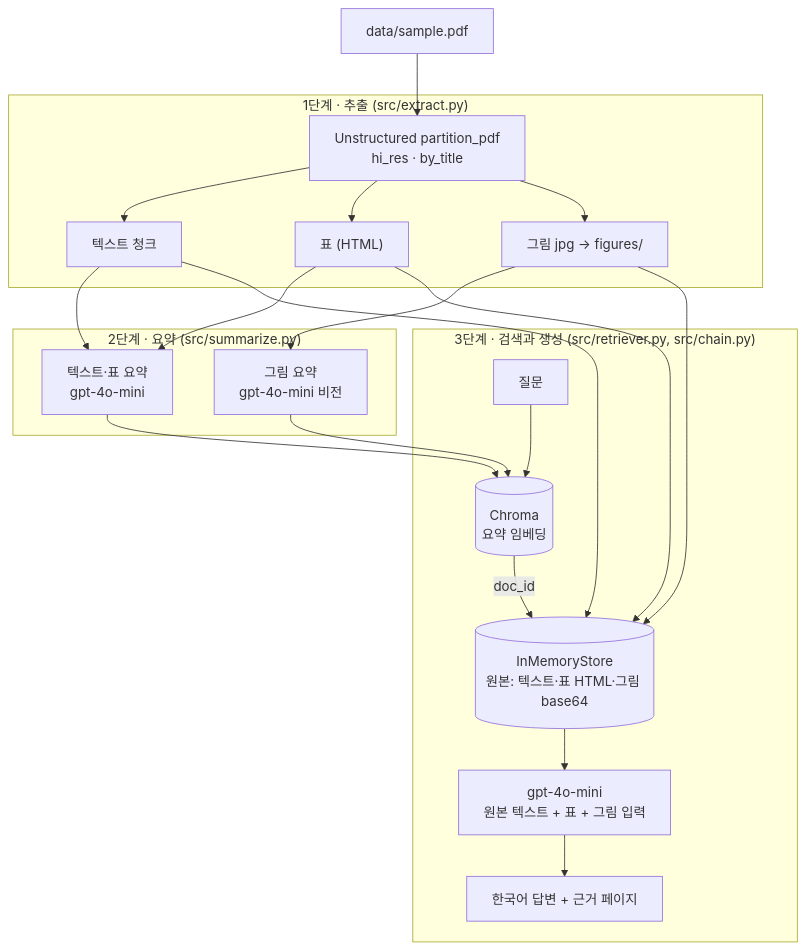
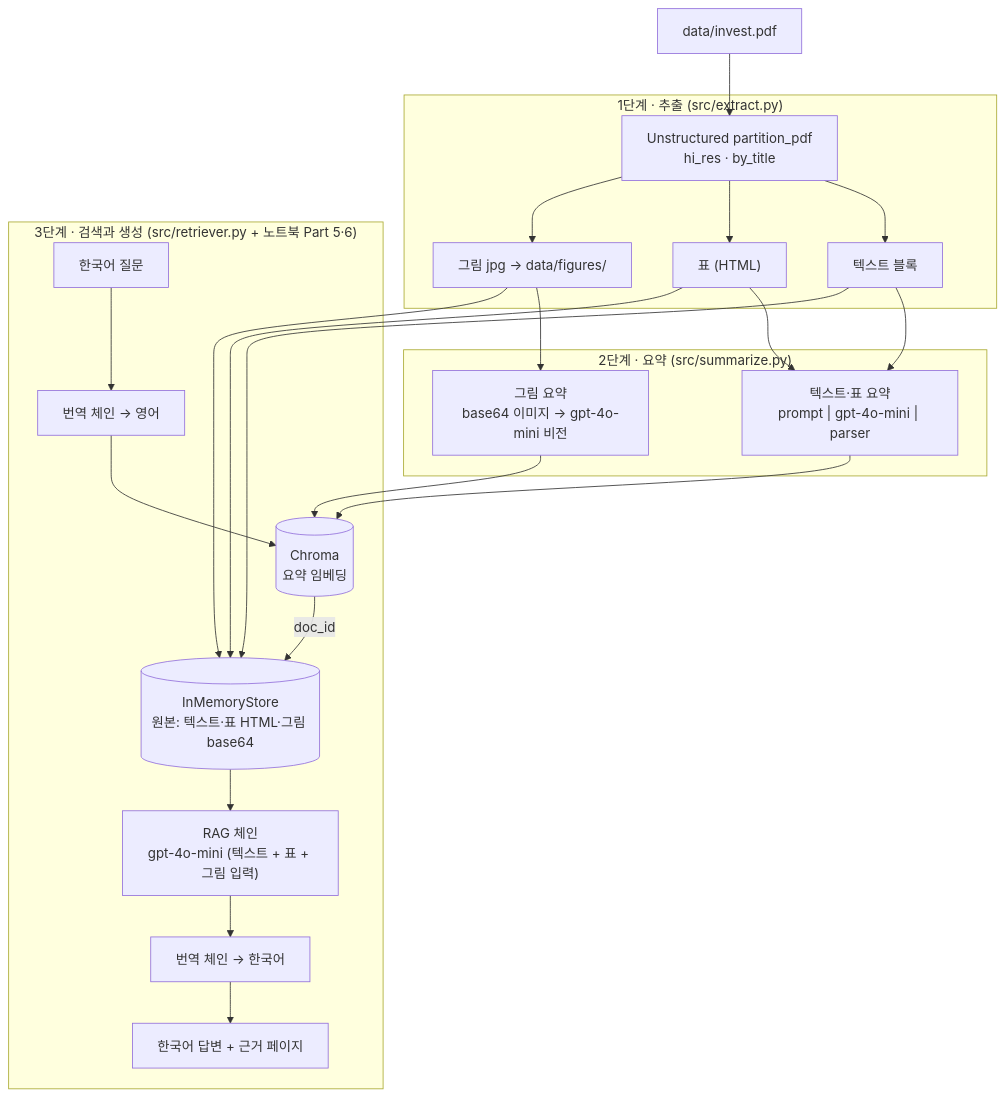
The diagram in README.md (seram2002-wq/multimodal-rag), drawn with Mermaid before and after one commit. The commit also changed other lines of this file and 10 other files, not shown here.

Commit message:
멀티모달 RAG 구조 정리 및 노트북 갱신

````diff
--- a/README.md
+++ b/README.md
@@ -14,32 +14,32 @@
 ```mermaid
 flowchart TB
-    PDF["data/sample.pdf"]
+    PDF["data/invest.pdf"]
 
     subgraph S1["1단계 · 추출 (src/extract.py)"]
         P["Unstructured partition_pdf<br/>hi_res · by_title"]
-        T["텍스트 청크"]
+        T["텍스트 블록"]
         TB["표 (HTML)"]
-        IMG["그림 jpg → figures/"]
+        IMG["그림 jpg → data/figures/"]
         P --> T & TB & IMG
     end
 
     subgraph S2["2단계 · 요약 (src/summarize.py)"]
-        ST["텍스트·표 요약<br/>gpt-4o-mini"]
-        SI["그림 요약<br/>gpt-4o-mini 비전"]
+        ST["텍스트·표 요약<br/>prompt | gpt-4o-mini | parser"]
+        SI["그림 요약<br/>base64 이미지 → gpt-4o-mini 비전"]
     end
 
-    subgraph S3["3단계 · 검색과 생성 (src/retriever.py, src/chain.py)"]
-        VS[("Chroma<br/>요약 임베딩")]
-        DS[("InMemoryStore<br/>원본: 텍스트·표 HTML·그림 base64")]
-        Q["질문"] --> VS
-        VS -- "doc_id" --> DS
-        DS --> LLM["gpt-4o-mini<br/>원본 텍스트 + 표 + 그림 입력"]
-        LLM --> A["한국어 답변 + 근거 페이지"]
+    subgraph S3["3단계 · 검색과 생성 (src/retriever.py + 노트북 Part 5·6)"]
+        Q["한국어 질문"] --> TR1["번역 체인 → 영어"]
+        TR1 --> VS[("Chroma<br/>요약 임베딩")]
+        VS -- "doc_id" --> DS[("InMemoryStore<br/>원본: 텍스트·표 HTML·그림 base64")]
+        DS --> LLM["RAG 체인<br/>gpt-4o-mini (텍스트 + 표 + 그림 입력)"]
+        LLM --> TR2["번역 체인 → 한국어"]
+        TR2 --> A["한국어 답변 + 근거 페이지"]
     end
 
     PDF --> P
     T & TB --> ST
     IMG --> SI
     ST & SI --> VS
     T & TB & IMG --> DS
 ```
````
